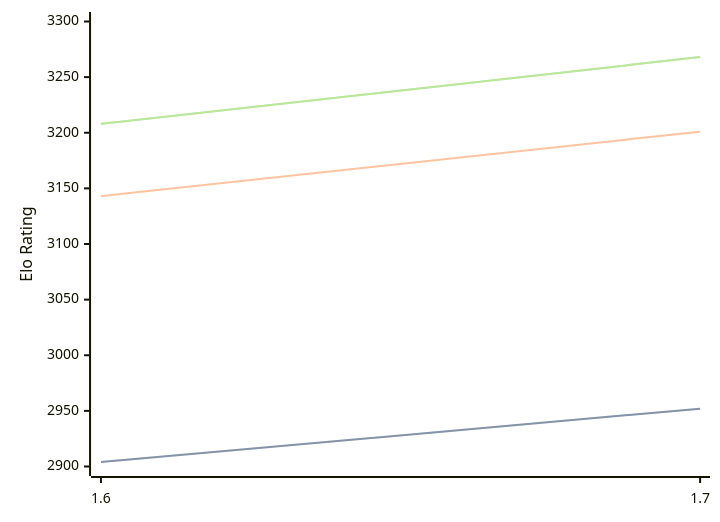
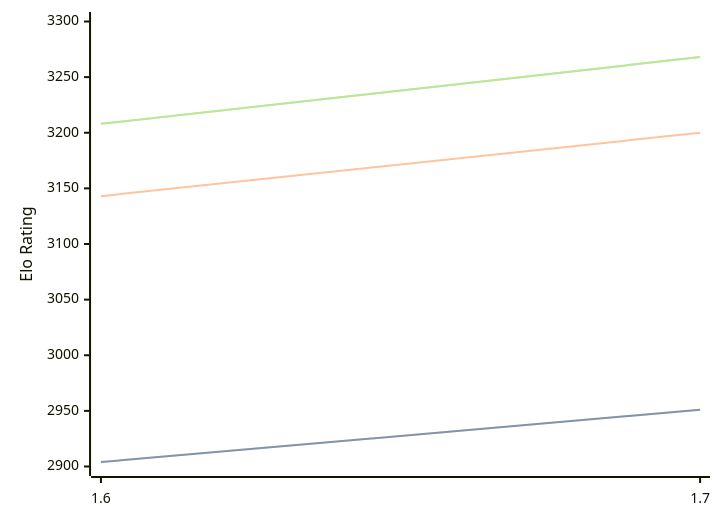
One commit to computer-chess-index/cci changed the diagram in engines/Bitbit.md. Above: the diagram before and after it, drawn with Mermaid. The commit also changed other lines of this file, not shown here.

````diff
--- a/engines/Bitbit.md
+++ b/engines/Bitbit.md
@@ -32,11 +32,11 @@
 ```mermaid
 %%{init: {"theme":"base","themeVariables":{"seriesColors:['#a3a3a3','#222221','#faa371']}}}%%
 xychart-beta
   x-axis ["1.6", "1.7"]
   y-axis "Elo Rating" 2900 --> 3300
-  line "" [2904, 2952]
-  line "STC (8.0+0.08s)" [2904, 2952]
-  line "LTC (60.0+0.60s)" [3143, 3201]
+  line "" [2904, 2951]
+  line "STC (8.0+0.08s)" [2904, 2951]
+  line "LTC (60.0+0.60s)" [3143, 3200]
   line "" [3208, 3268]
   line "VLTC (2m24s+1.12s)" [3208, 3268]
 ```
````
